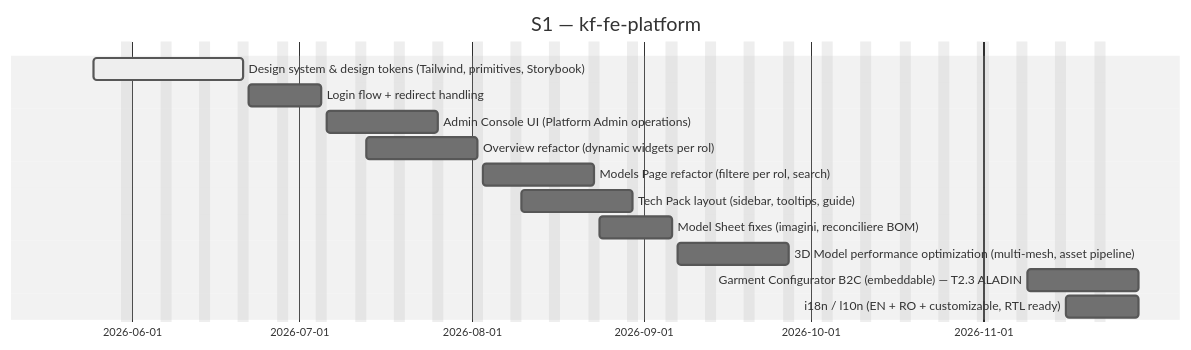
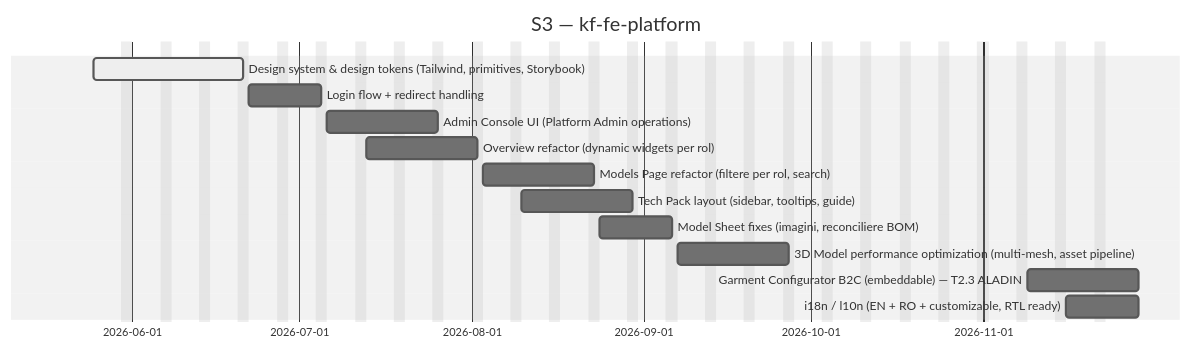
One commit to Katty-Fashion/kf-cpto changed the second of 3 diagrams in docs/_projects/kf-fe-platform.md. Above: the diagram before and after it, drawn with Mermaid (neutral theme). The commit also changed other lines of this file and 11 other files, not shown here.

````diff
--- a/docs/_projects/kf-fe-platform.md
+++ b/docs/_projects/kf-fe-platform.md
@@ -78,17 +78,17 @@
 ```mermaid
 gantt
-    title S1 — kf-fe-platform
+    title S3 — kf-fe-platform
     dateFormat YYYY-MM-DD
     excludes weekends
 
     Design system & design tokens (Tailwind, primitives, Storybook) :active, 2026-05-25, 2026-06-21
     Login flow + redirect handling :2026-06-22, 2026-07-05
     Admin Console UI (Platform Admin operations) :2026-07-06, 2026-07-26
     Overview refactor (dynamic widgets per rol) :2026-07-13, 2026-08-02
     Models Page refactor (filtere per rol, search) :2026-08-03, 2026-08-23
     Tech Pack layout (sidebar, tooltips, guide) :2026-08-10, 2026-08-30
     Model Sheet fixes (imagini, reconciliere BOM) :2026-08-24, 2026-09-06
     3D Model performance optimization (multi-mesh, asset pipeline) :2026-09-07, 2026-09-27
     Garment Configurator B2C (embeddable) — T2.3 ALADIN :2026-11-09, 2026-11-29
     i18n / l10n (EN + RO + customizable, RTL ready) :2026-11-16, 2026-11-29
 ```
````
